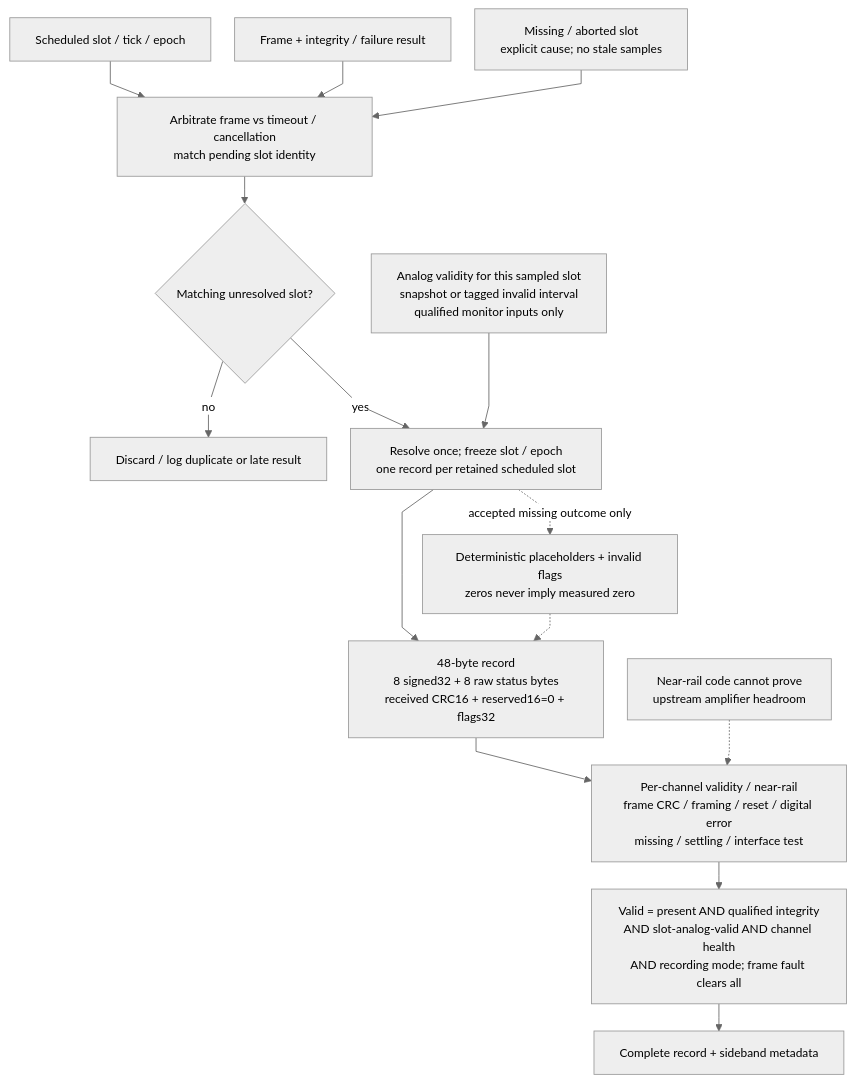
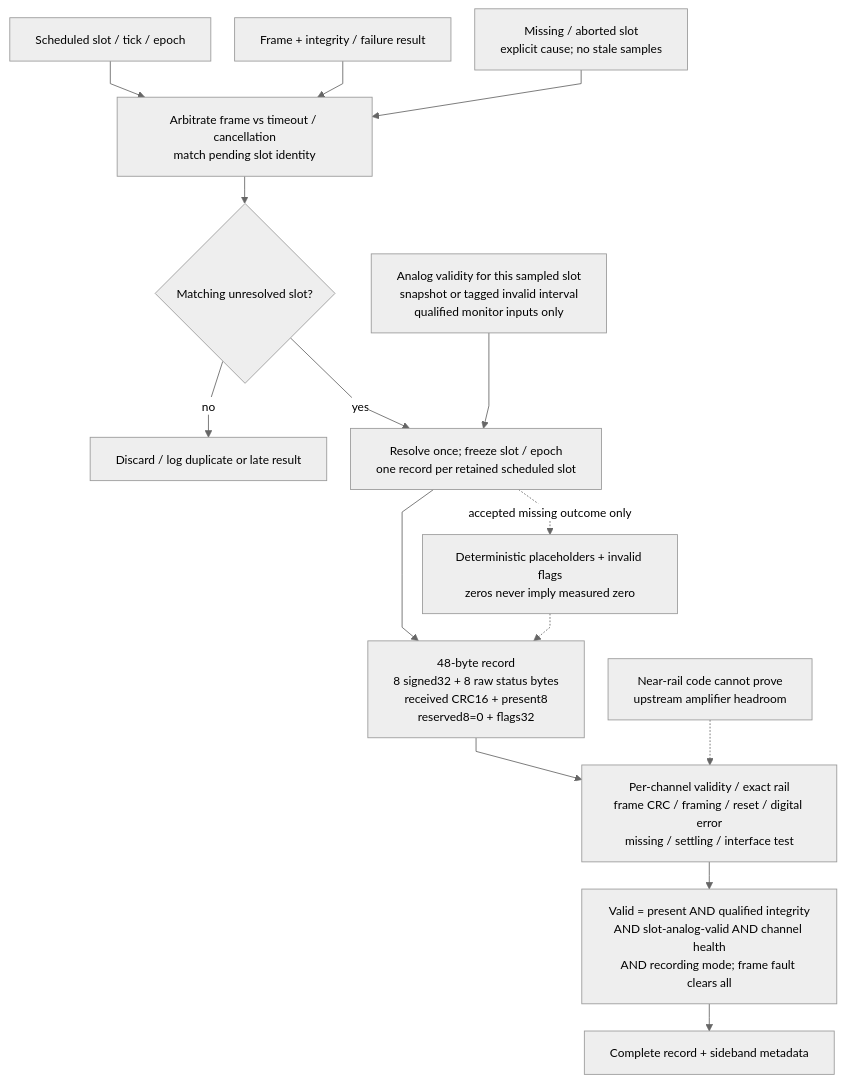
One commit to baolgn/DRG-pain-project changed diagram 16 of 27 in microcontroller/acquisition/README.md. Above: the diagram before and after it, drawn with Mermaid. The commit also changed other lines of this file and 19 other files, not shown here.

````diff
--- a/microcontroller/acquisition/README.md
+++ b/microcontroller/acquisition/README.md
@@ -354,18 +359,18 @@
 ```mermaid
 %%{init: {"theme":"neutral","themeVariables":{"fontFamily":"Arial,sans-serif","fontSize":"14px"},"flowchart":{"htmlLabels":true,"minNodeWidth":0,"wrappingWidth":240,"nodeSpacing":28,"rankSpacing":32,"curve":"linear"}}}%%
 flowchart TB
     SLOT["Scheduled slot / tick / epoch"] --> MATCH["Arbitrate frame vs timeout / cancellation<br/>match pending slot identity"]
     DATA["Frame + integrity / failure result"] --> MATCH
     MISS["Missing / aborted slot<br/>explicit cause; no stale samples"] --> MATCH
     MATCH --> LIVE{"Matching unresolved slot?"}
     LIVE -->|"no"| DROP["Discard / log duplicate or late result"]
     LIVE -->|"yes"| JOIN["Resolve once; freeze slot / epoch<br/>one record per retained scheduled slot"]
     AFE["Analog validity for this sampled slot<br/>snapshot or tagged invalid interval<br/>qualified monitor inputs only"] --> JOIN
-    JOIN --> RECORD["48-byte record<br/>8 signed32 + 8 raw status bytes<br/>received CRC16 + reserved16=0 + flags32"]
-    RECORD --> FLAGS["Per-channel validity / near-rail<br/>frame CRC / framing / reset / digital error<br/>missing / settling / interface test"]
+    JOIN --> RECORD["48-byte record<br/>8 signed32 + 8 raw status bytes<br/>received CRC16 + present8<br/>reserved8=0 + flags32"]
+    RECORD --> FLAGS["Per-channel validity / exact rail<br/>frame CRC / framing / reset / digital error<br/>missing / settling / interface test"]
     FLAGS --> VALID["Valid = present AND qualified integrity<br/>AND slot-analog-valid AND channel health<br/>AND recording mode; frame fault clears all"]
     VALID --> FIFO["Complete record + sideband metadata"]
     JOIN -.->|"accepted missing outcome only"| ZERO["Deterministic placeholders + invalid flags<br/>zeros never imply measured zero"]
     ZERO -.-> RECORD
     LIMIT["Near-rail code cannot prove<br/>upstream amplifier headroom"] -.-> FLAGS
 ```
````
